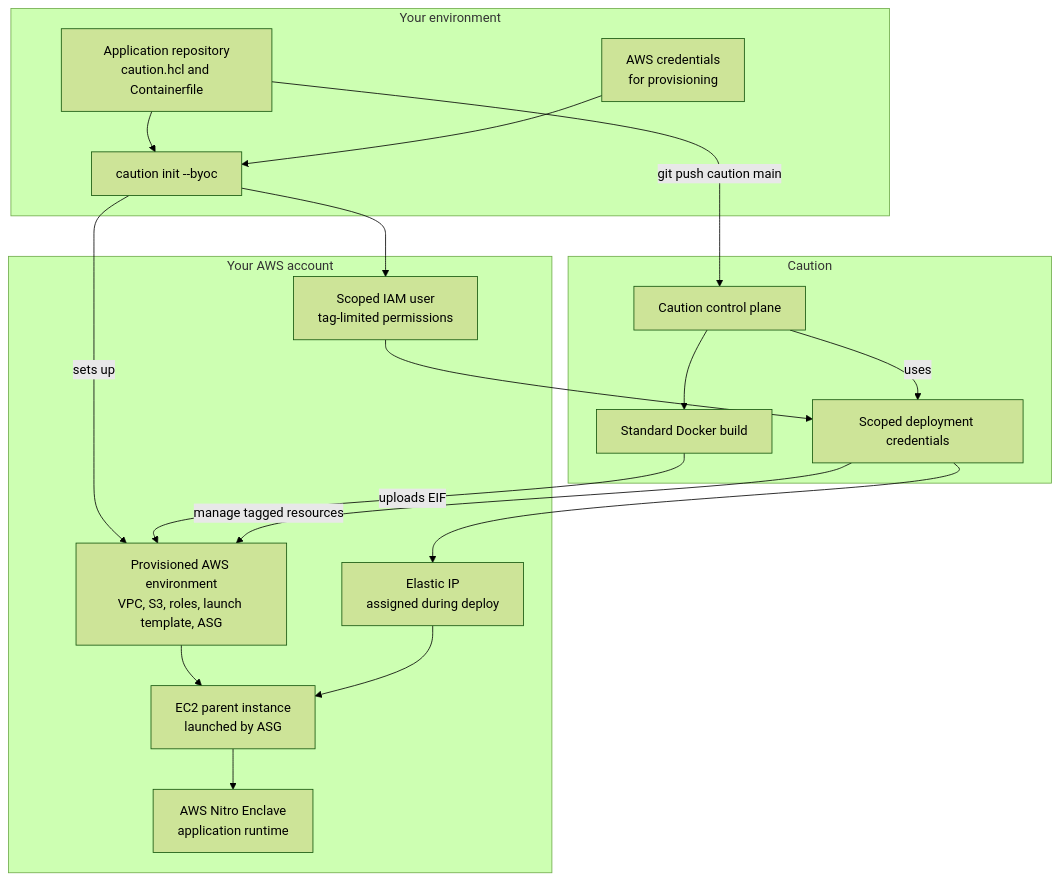
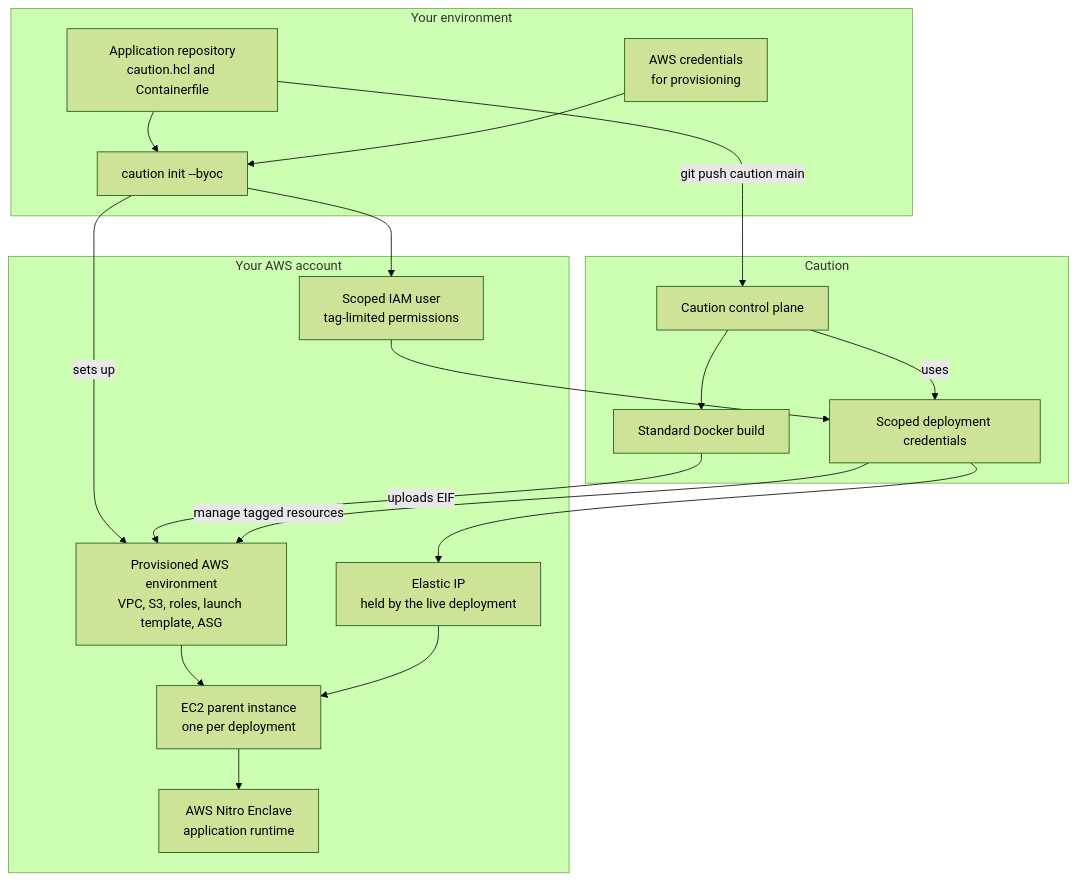
One commit to CautionHosting/docs changed the diagram in docs/reference/byoc.md. Above: the diagram before and after it, drawn with Mermaid (forest theme). The commit also changed other lines of this file and 12 other files, not shown here.

````diff
--- a/docs/reference/byoc.md
+++ b/docs/reference/byoc.md
@@ -54,38 +54,38 @@
 ```mermaid
 flowchart TB
     subgraph Operator["Your environment"]
         Repo["Application repository<br/>caution.hcl and Containerfile"]
         Setup["caution init --byoc"]
         AwsCreds["AWS credentials<br/>for provisioning"]
     end
 
     subgraph Caution["Caution"]
         Control["Caution control plane"]
         Build["Standard Docker build"]
         ScopedCreds["Scoped deployment credentials"]
     end
 
     subgraph Aws["Your AWS account"]
         Iam["Scoped IAM user<br/>tag-limited permissions"]
         Env["Provisioned AWS environment<br/>VPC, S3, roles, launch template, ASG"]
-        Eip["Elastic IP<br/>assigned during deploy"]
-        Ec2["EC2 parent instance<br/>launched by ASG"]
+        Eip["Elastic IP<br/>held by the live deployment"]
+        Ec2["EC2 parent instance<br/>one per deployment"]
         Enclave["AWS Nitro Enclave<br/>application runtime"]
     end
 
     Repo --> Setup
     AwsCreds --> Setup
     Setup -->|sets up| Env
     Setup --> Iam
     Iam --> ScopedCreds
 
     Repo -->|git push caution main| Control
     Control --> Build
     Control -->|uses| ScopedCreds
     Build -->|uploads EIF| Env
     ScopedCreds -->|manage tagged resources| Env
     ScopedCreds --> Eip
     Env --> Ec2
     Ec2 --> Enclave
     Eip --> Ec2
 ```
````
